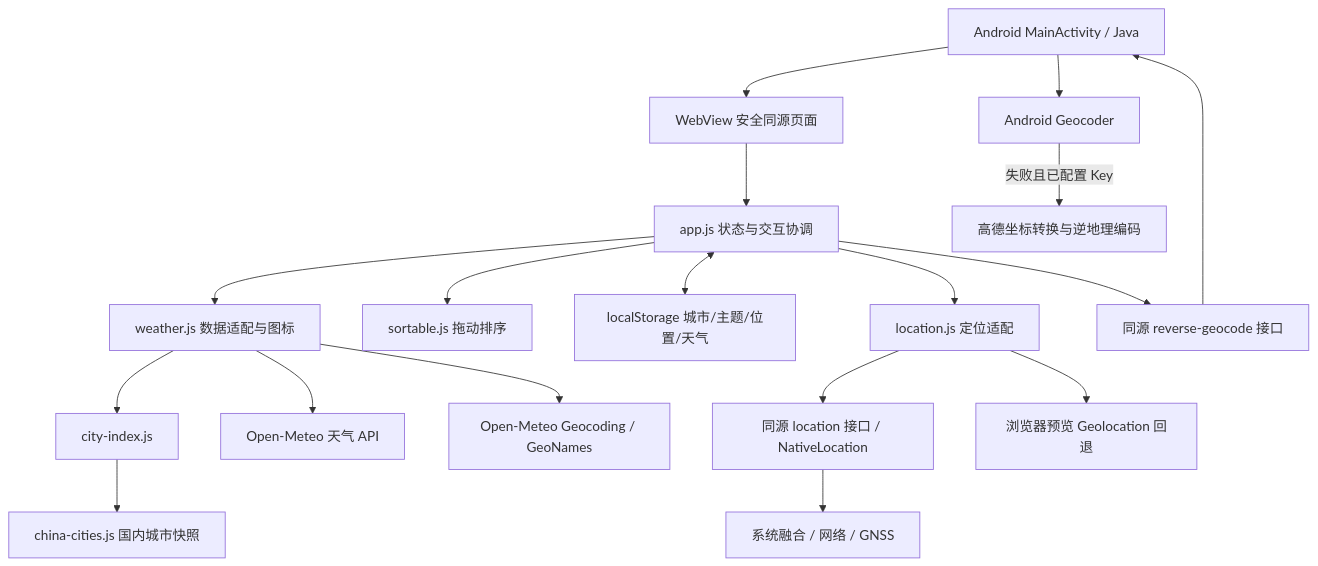
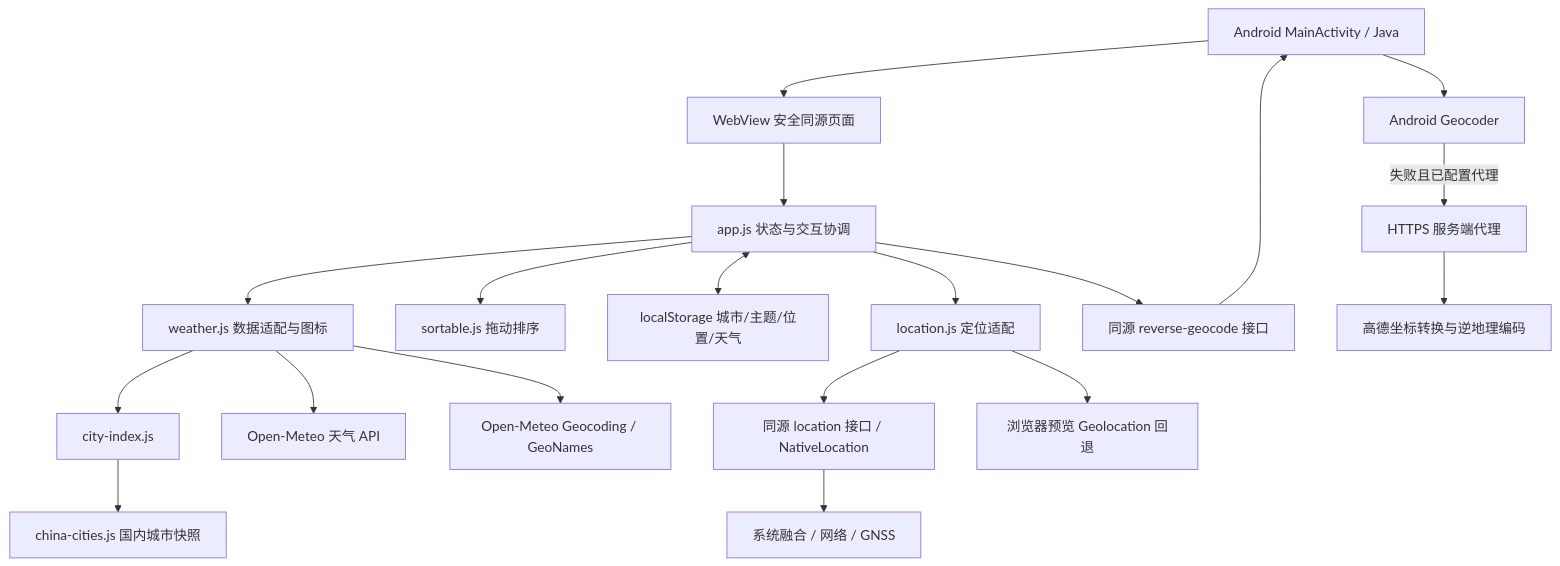
Before and after one commit to liu-gongjie/TravelWeather: the first of 2 diagrams in docs/DESIGN.md, drawn with Mermaid. The commit also changed other lines of this file and 2 other files, not shown here.

````diff
--- a/docs/DESIGN.md
+++ b/docs/DESIGN.md
@@ -52,20 +54,21 @@
 ```mermaid
 flowchart TD
     A[Android MainActivity / Java] --> B[WebView 安全同源页面]
     B --> C[app.js 状态与交互协调]
     C --> D[weather.js 数据适配与图标]
     C --> E[sortable.js 拖动排序]
     C <--> F[localStorage 城市/主题/位置/天气]
     D --> G[city-index.js]
     G --> H[china-cities.js 国内城市快照]
     D --> I[Open-Meteo 天气 API]
     D --> J[Open-Meteo Geocoding / GeoNames]
     C --> K[location.js 定位适配]
     K --> N[同源 location 接口 / NativeLocation]
     N --> O[系统融合 / 网络 / GNSS]
     K --> P[浏览器预览 Geolocation 回退]
     C --> L[同源 reverse-geocode 接口]
     L --> A
     A --> M[Android Geocoder]
-    M -->|失败且已配置 Key| Q[高德坐标转换与逆地理编码]
+    M -->|失败且已配置代理| Q[HTTPS 服务端代理]
+    Q --> V[高德坐标转换与逆地理编码]
 ```
````
